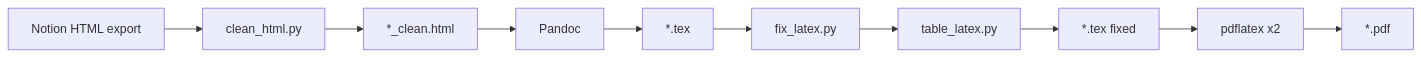
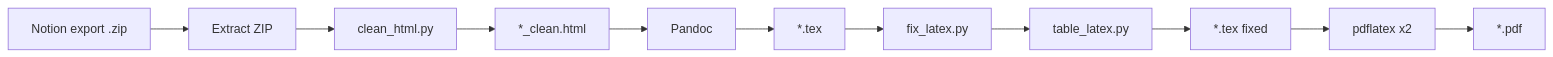
The diagram in README.md (adducec03/Notion2Tex), drawn with Mermaid before and after one commit. The commit also changed other lines of this file and 11 other files, not shown here.

Commit message:
Add installable notion2tex CLI with ZIP export support

````diff
--- a/README.md
+++ b/README.md
@@ -56,12 +99,13 @@
 ```mermaid
 flowchart LR
-  A[Notion HTML export] --> B[clean_html.py]
+  A[Notion export .zip] --> Z[Extract ZIP]
+  Z --> B[clean_html.py]
   B --> C["*_clean.html"]
   C --> D[Pandoc]
   D --> E["*.tex"]
   E --> F[fix_latex.py]
   F --> G[table_latex.py]
   G --> H["*.tex fixed"]
   H --> I[pdflatex x2]
   I --> J["*.pdf"]
 ```
````
